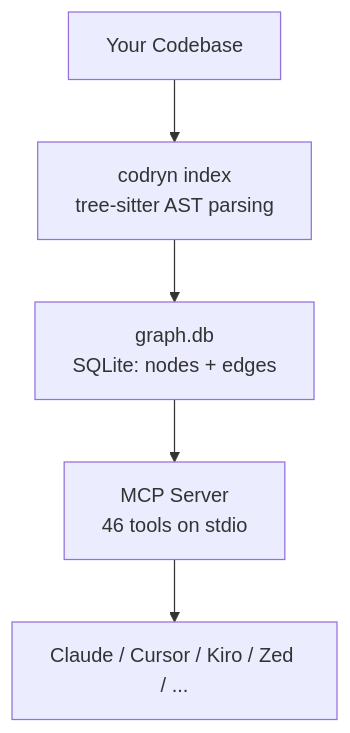
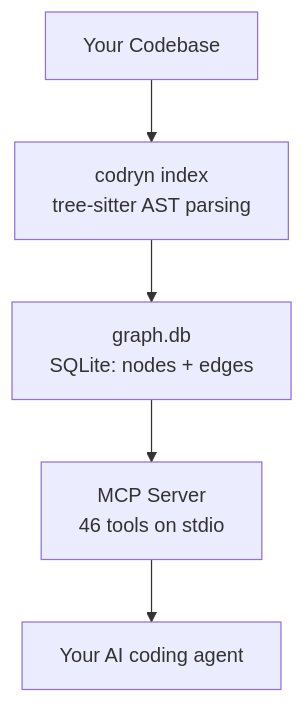
The first of 5 diagrams in docs/HOW_IT_WORKS.md (WolfCanCode/Codryn), drawn with Mermaid before and after one commit. The commit also changed 13 other files, not shown here.

````diff
--- a/docs/HOW_IT_WORKS.md
+++ b/docs/HOW_IT_WORKS.md
@@ -11,7 +11,7 @@
 ```mermaid
 flowchart TD
     CODE[Your Codebase] --> INDEX[codryn index<br/>tree-sitter AST parsing]
     INDEX --> DB[graph.db<br/>SQLite: nodes + edges]
     DB --> MCP[MCP Server<br/>46 tools on stdio]
-    MCP --> AGENT[Claude / Cursor / Kiro / Zed / ...]
+    MCP --> AGENT[Your AI coding agent]
 ```
````
